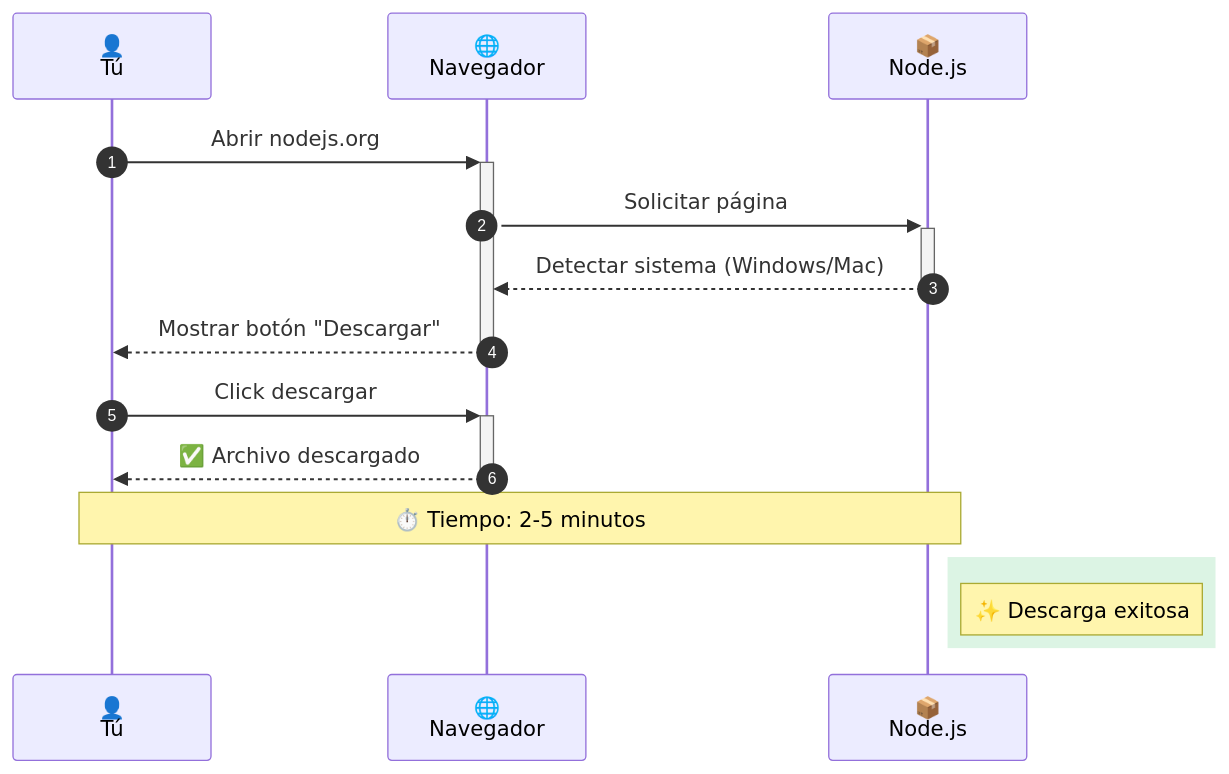
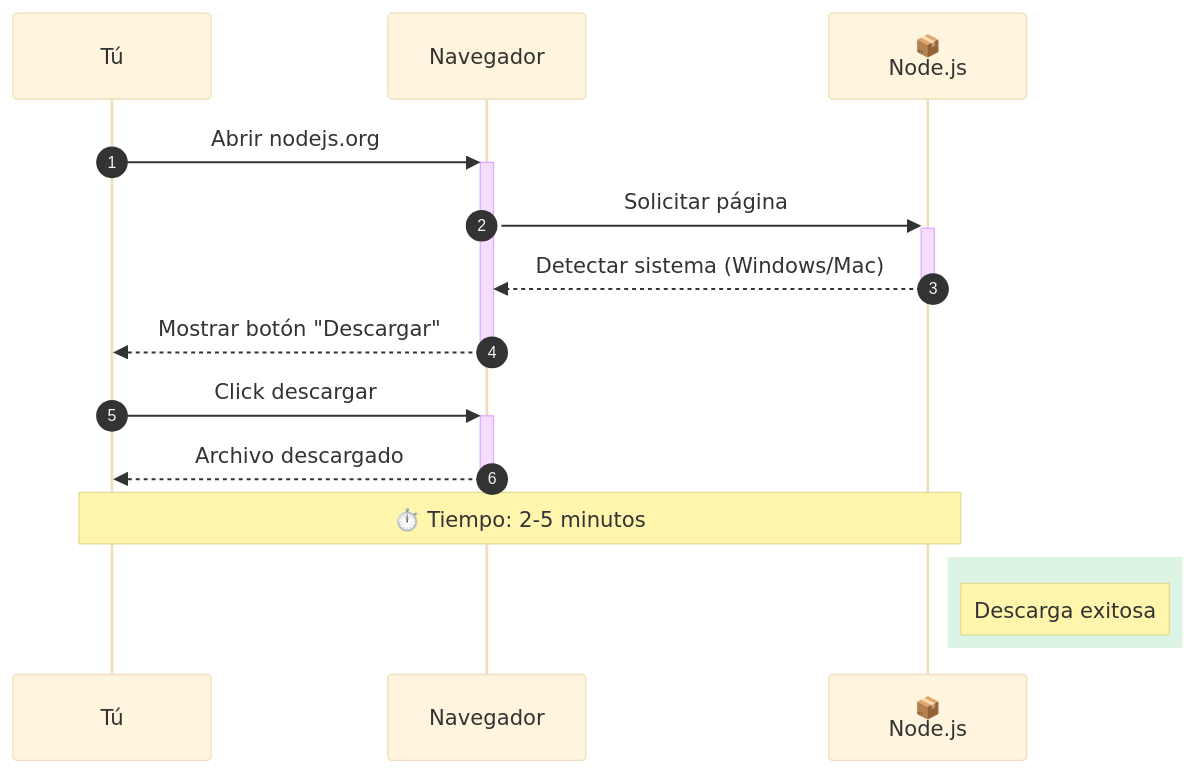
One commit to Ai-Whisperers/Courses-Content changed the fourth of 12 diagrams in courses/🟡-development/FPUNA-2026/00-FUNDAMENTOS-PRINCIPALES/01-configuracion-stack-ia.md. Above: the diagram before and after it, drawn with Mermaid. The commit also changed other lines of this file and 47 other files, not shown here.

First line of the commit message:
fix: Make all 473 diagrams WCAG AAA accessible (FPUNA-2026)

````diff
--- a/courses/🟡-development/FPUNA-2026/00-FUNDAMENTOS-PRINCIPALES/01-configuracion-stack-ia.md
+++ b/courses/🟡-development/FPUNA-2026/00-FUNDAMENTOS-PRINCIPALES/01-configuracion-stack-ia.md
@@ -125,20 +128,21 @@
 ```mermaid
+%%{init: {'theme':'base', 'themeVariables': {'fontSize':'18px'}}}%%
 sequenceDiagram
     autonumber
-    participant U as 👤<br/>Tú
-    participant W as 🌐<br/>Navegador
+    participant U as Tú
+    participant W as Navegador
     participant N as 📦<br/>Node.js
     
     U->>+W: Abrir nodejs.org
     W->>+N: Solicitar página
     N-->>-W: Detectar sistema (Windows/Mac)
     W-->>-U: Mostrar botón "Descargar"
     U->>+W: Click descargar
-    W-->>-U: ✅ Archivo descargado
+    W-->>-U: Archivo descargado
     
     Note over U,N: ⏱️ Tiempo: 2-5 minutos
     
     rect rgb(80, 200, 120, 0.2)
-        Note right of N: ✨ Descarga exitosa
+        Note right of N: Descarga exitosa
     end
 ```
````
